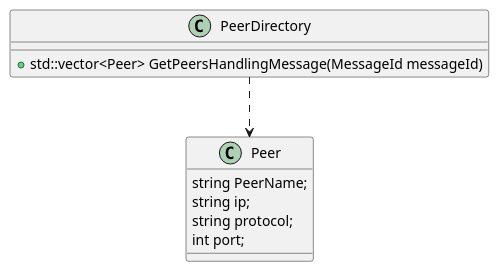
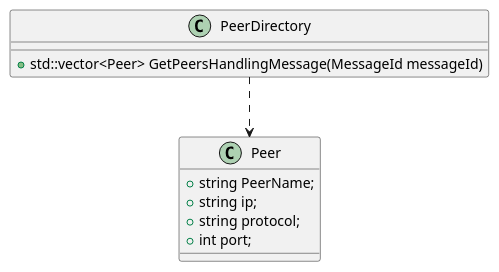
The diagram in UML/dependency.puml (anokl/UML_samples), drawn with PlantUML before and after one commit.

```diff
--- a/UML/dependency.puml
+++ b/UML/dependency.puml
@@ -1,16 +1,16 @@
 @startuml
 class PeerDirectory
 {    
    +std::vector<Peer> GetPeersHandlingMessage(MessageId messageId)
 }
 
 class Peer
 {
-   string PeerName;
-   string ip;
-   string protocol;
-   int port;
+   +string PeerName;
+   +string ip;
+   +string protocol;
+   +int port;
 }
 
 PeerDirectory..>Peer
 @enduml
```
